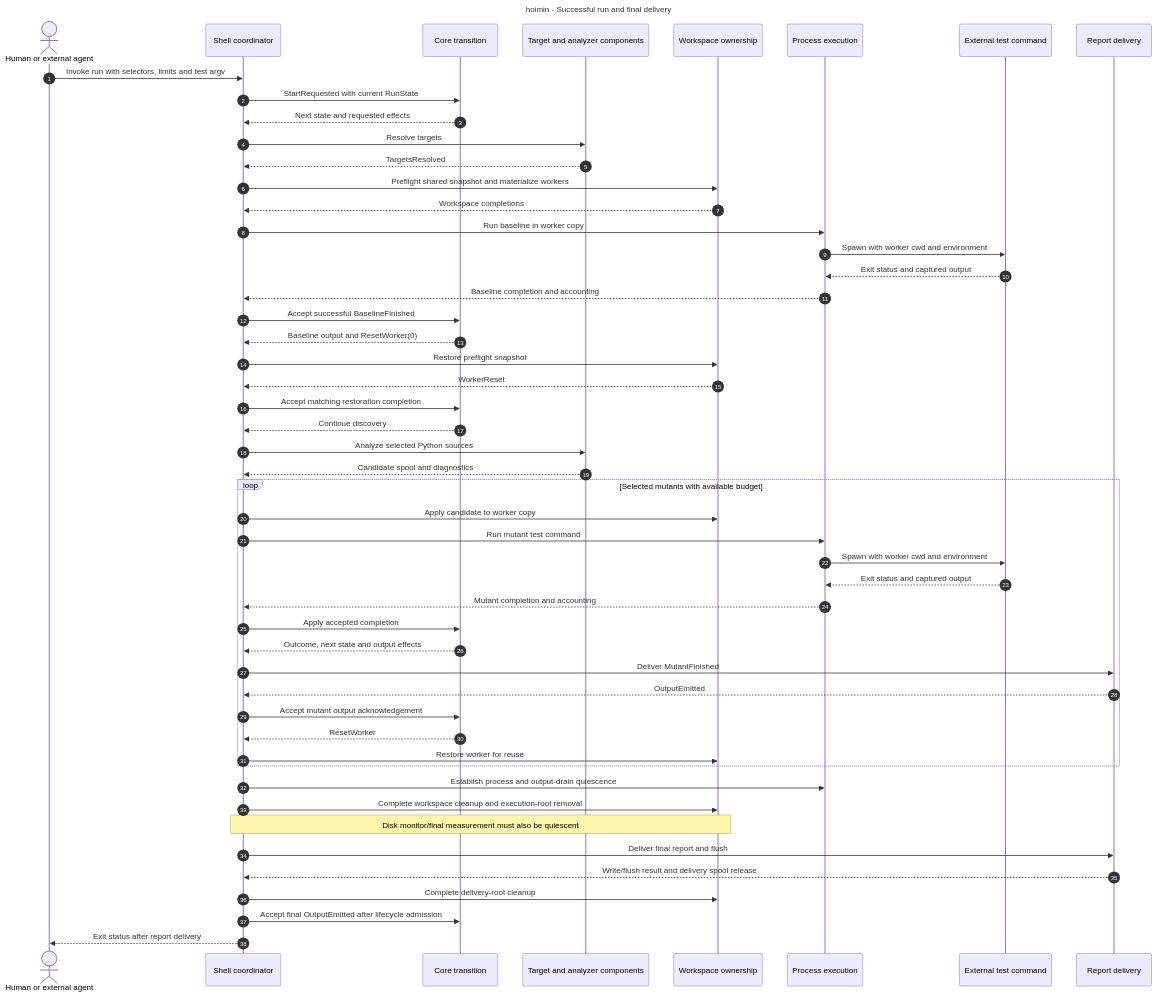
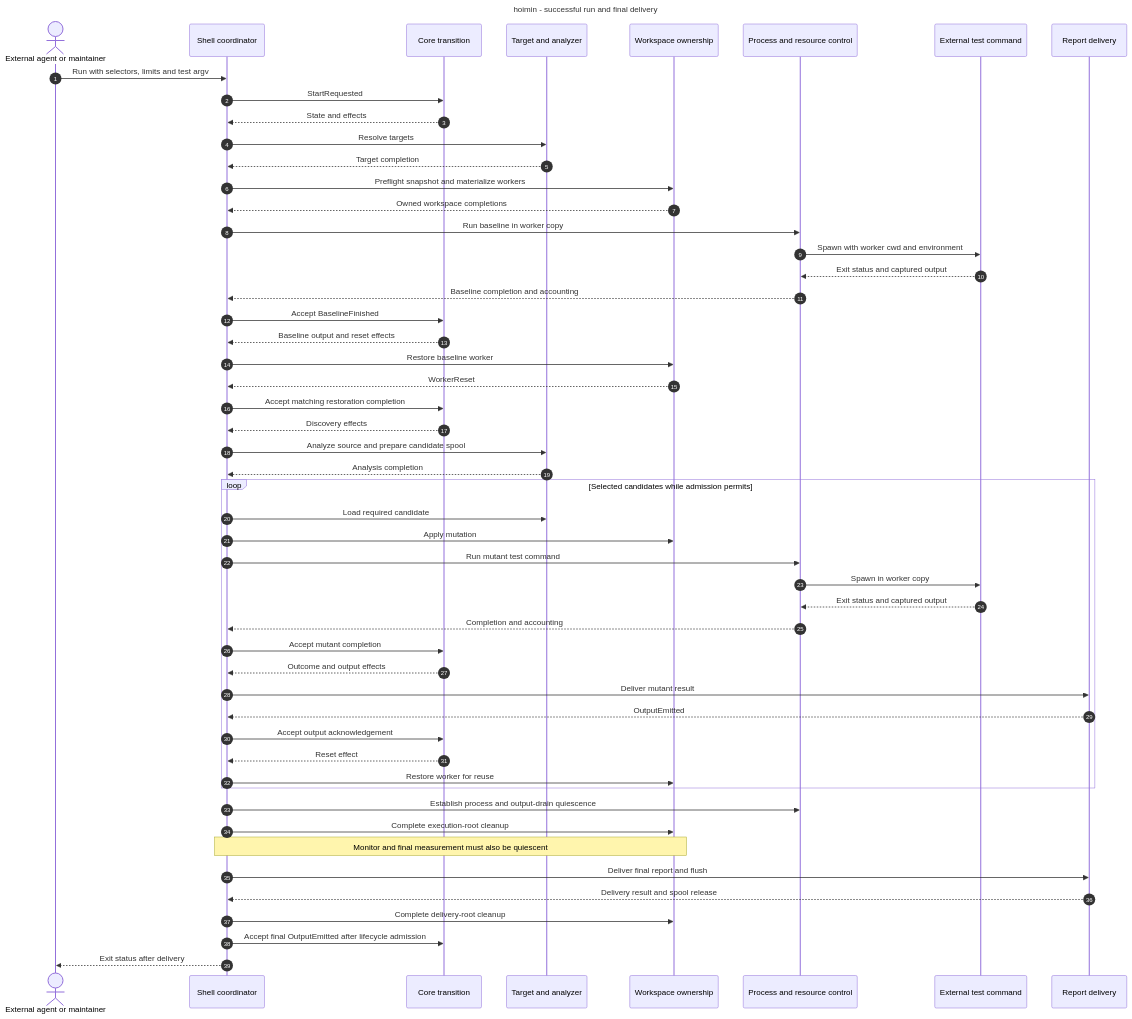
Before and after one commit to HayaoSuzuki/hoimin: the sixth of 6 diagrams in docs/architecture/c4-model.md, drawn with Mermaid. The commit also changed other lines of this file and 45 other files, not shown here.

````diff
--- a/docs/architecture/c4-model.md
+++ b/docs/architecture/c4-model.md
@@ -433,56 +464,57 @@
 ```mermaid
 ---
-title: hoimin - Successful run and final delivery
+title: hoimin - successful run and final delivery
 ---
 sequenceDiagram
     autonumber
-    actor Caller as Human or external agent
+    actor Caller as External agent or maintainer
     participant Shell as Shell coordinator
     participant Core as Core transition
-    participant Inputs as Target and analyzer components
+    participant Discovery as Target and analyzer
     participant Workspace as Workspace ownership
-    participant Process as Process execution
+    participant Process as Process and resource control
     participant Tests as External test command
     participant Report as Report delivery
-    Caller->>Shell: Invoke run with selectors, limits and test argv
-    Shell->>Core: StartRequested with current RunState
-    Core-->>Shell: Next state and requested effects
-    Shell->>Inputs: Resolve targets
-    Inputs-->>Shell: TargetsResolved
-    Shell->>Workspace: Preflight shared snapshot and materialize workers
-    Workspace-->>Shell: Workspace completions
+    Caller->>Shell: Run with selectors, limits and test argv
+    Shell->>Core: StartRequested
+    Core-->>Shell: State and effects
+    Shell->>Discovery: Resolve targets
+    Discovery-->>Shell: Target completion
+    Shell->>Workspace: Preflight snapshot and materialize workers
+    Workspace-->>Shell: Owned workspace completions
     Shell->>Process: Run baseline in worker copy
     Process->>Tests: Spawn with worker cwd and environment
     Tests-->>Process: Exit status and captured output
     Process-->>Shell: Baseline completion and accounting
-    Shell->>Core: Accept successful BaselineFinished
-    Core-->>Shell: Baseline output and ResetWorker(0)
-    Shell->>Workspace: Restore preflight snapshot
+    Shell->>Core: Accept BaselineFinished
+    Core-->>Shell: Baseline output and reset effects
+    Shell->>Workspace: Restore baseline worker
     Workspace-->>Shell: WorkerReset
     Shell->>Core: Accept matching restoration completion
-    Core-->>Shell: Continue discovery
-    Shell->>Inputs: Analyze selected Python sources
-    Inputs-->>Shell: Candidate spool and diagnostics
-    loop Selected mutants with available budget
-        Shell->>Workspace: Apply candidate to worker copy
+    Core-->>Shell: Discovery effects
+    Shell->>Discovery: Analyze source and prepare candidate spool
+    Discovery-->>Shell: Analysis completion
+    loop Selected candidates while admission permits
+        Shell->>Discovery: Load required candidate
+        Shell->>Workspace: Apply mutation
         Shell->>Process: Run mutant test command
-        Process->>Tests: Spawn with worker cwd and environment
+        Process->>Tests: Spawn in worker copy
         Tests-->>Process: Exit status and captured output
-        Process-->>Shell: Mutant completion and accounting
-        Shell->>Core: Apply accepted completion
-        Core-->>Shell: Outcome, next state and output effects
-        Shell->>Report: Deliver MutantFinished
+        Process-->>Shell: Completion and accounting
+        Shell->>Core: Accept mutant completion
+        Core-->>Shell: Outcome and output effects
+        Shell->>Report: Deliver mutant result
         Report-->>Shell: OutputEmitted
-        Shell->>Core: Accept mutant output acknowledgement
-        Core-->>Shell: ResetWorker
+        Shell->>Core: Accept output acknowledgement
+        Core-->>Shell: Reset effect
         Shell->>Workspace: Restore worker for reuse
     end
     Shell->>Process: Establish process and output-drain quiescence
-    Shell->>Workspace: Complete workspace cleanup and execution-root removal
-    Note over Shell,Workspace: Disk monitor/final measurement must also be quiescent
+    Shell->>Workspace: Complete execution-root cleanup
+    Note over Shell,Workspace: Monitor and final measurement must also be quiescent
     Shell->>Report: Deliver final report and flush
-    Report-->>Shell: Write/flush result and delivery spool release
+    Report-->>Shell: Delivery result and spool release
     Shell->>Workspace: Complete delivery-root cleanup
     Shell->>Core: Accept final OutputEmitted after lifecycle admission
-    Shell-->>Caller: Exit status after report delivery
+    Shell-->>Caller: Exit status after delivery
 ```
````
